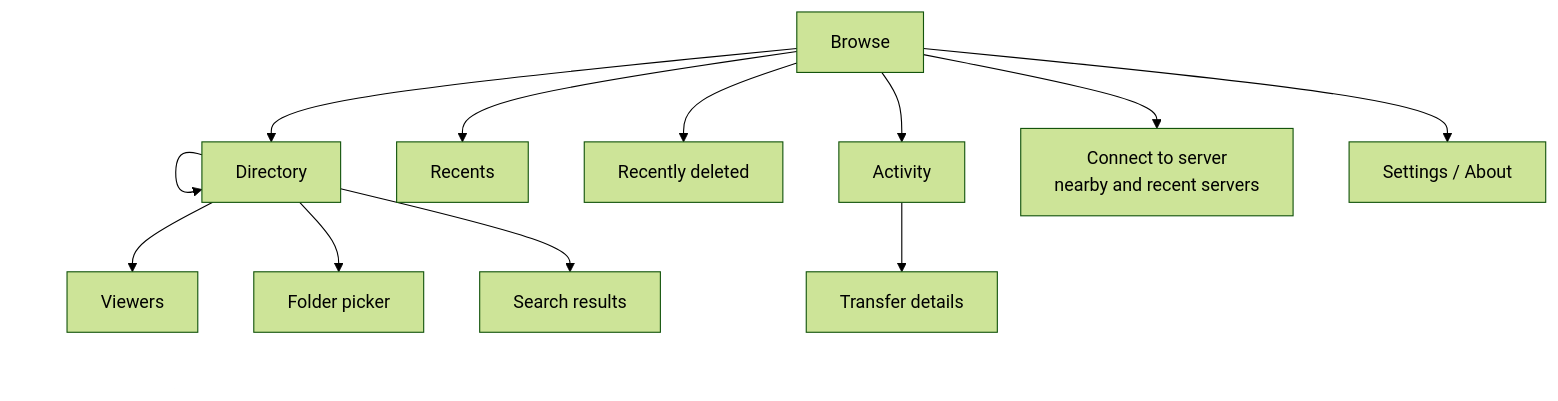
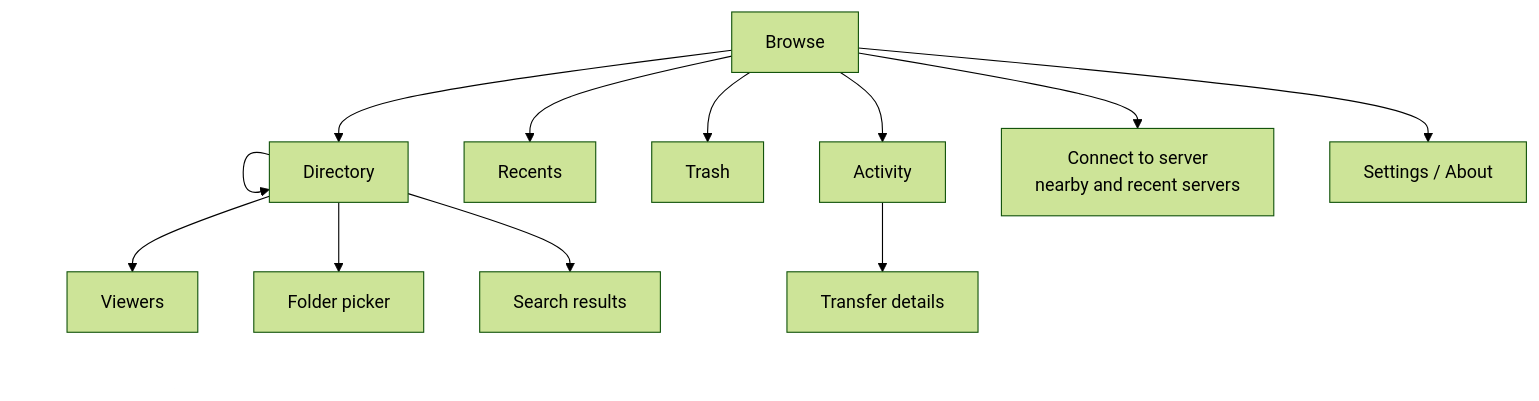
Before and after one commit to muhnschein/lautta: the second of 2 diagrams in doc/SPEC.md, drawn with Mermaid (forest theme). The commit also changed other lines of this file and 8 other files, not shown here.

````diff
--- a/doc/SPEC.md
+++ b/doc/SPEC.md
@@ -650,14 +660,14 @@
 ```mermaid
 flowchart TD
   B[Browse] --> D[Directory]
   B --> R[Recents]
-  B --> RD[Recently deleted]
+  B --> RD[Trash]
   B --> T[Activity]
   B --> CS[Connect to server<br/>nearby and recent servers]
   B --> S[Settings / About]
   D --> D
   D --> V[Viewers]
   D --> P[Folder picker]
   D --> SR[Search results]
   T --> TD[Transfer details]
 ```
````
